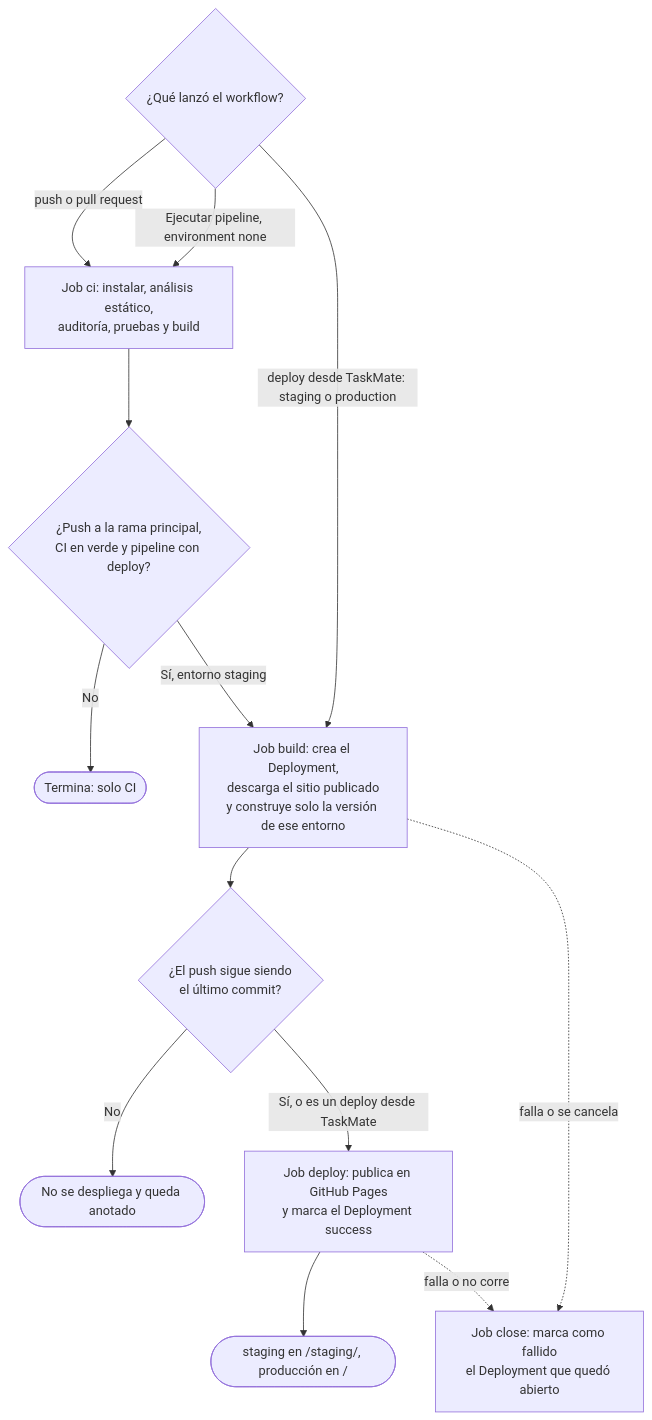
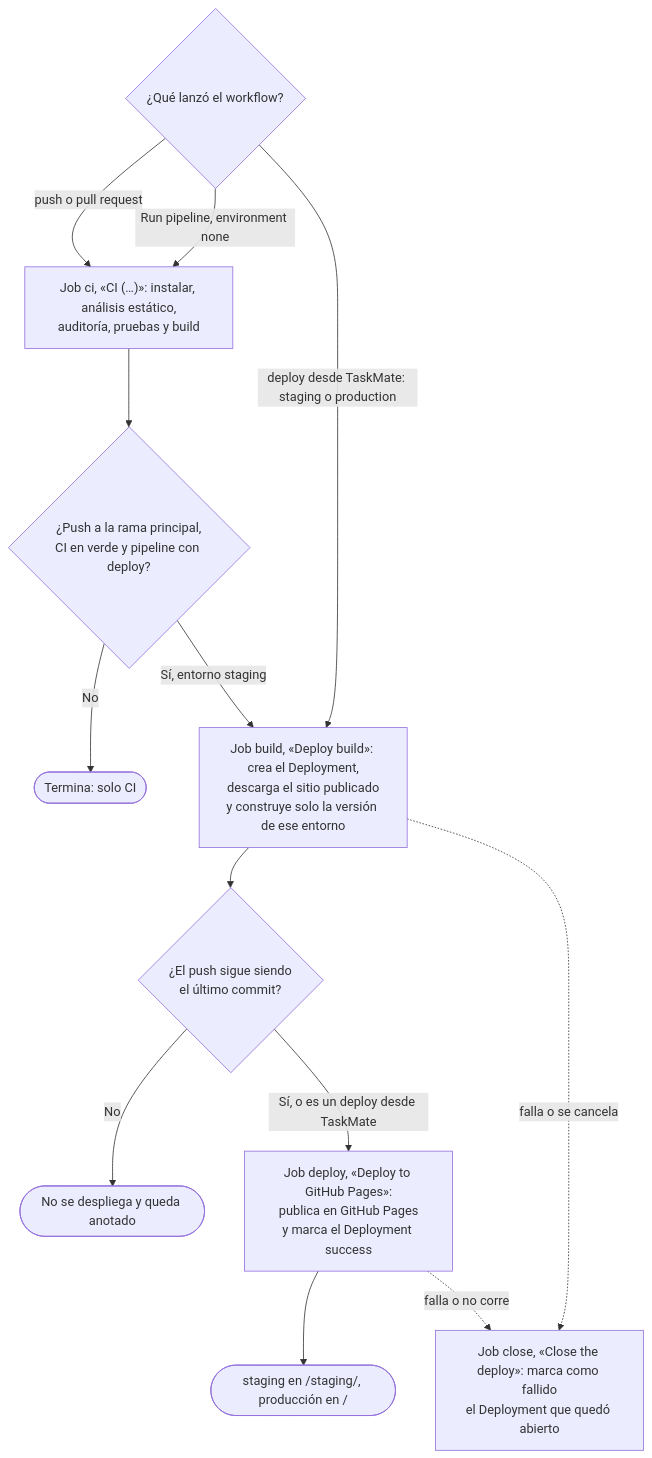
The second of 4 diagrams in documentacion/06-flujos/08-cicd.md (PabloP150/proyecto-is-cc6), drawn with Mermaid before and after one commit. The commit also changed other lines of this file and 204 other files, not shown here.

First line of the commit message:
docs: update all documentation, diagrams and PNGs to the test/e2e state

````diff
--- a/documentacion/06-flujos/08-cicd.md
+++ b/documentacion/06-flujos/08-cicd.md
@@ -47,16 +47,16 @@
 ```mermaid
 flowchart TD
     E{"¿Qué lanzó el workflow?"}
-    E -->|"push o pull request"| CI["Job ci: instalar, análisis estático,<br/>auditoría, pruebas y build"]
-    E -->|"Ejecutar pipeline, environment none"| CI
+    E -->|"push o pull request"| CI["Job ci, «CI (…)»: instalar, análisis estático,<br/>auditoría, pruebas y build"]
+    E -->|"Run pipeline, environment none"| CI
     E -->|"deploy desde TaskMate: staging o production"| B
     CI --> Q{"¿Push a la rama principal,<br/>CI en verde y pipeline con deploy?"}
     Q -->|"No"| F1(["Termina: solo CI"])
-    Q -->|"Sí, entorno staging"| B["Job build: crea el Deployment,<br/>descarga el sitio publicado<br/>y construye solo la versión de ese entorno"]
+    Q -->|"Sí, entorno staging"| B["Job build, «Deploy build»: crea el Deployment,<br/>descarga el sitio publicado<br/>y construye solo la versión de ese entorno"]
     B --> S{"¿El push sigue siendo<br/>el último commit?"}
     S -->|"No"| F2(["No se despliega y queda anotado"])
-    S -->|"Sí, o es un deploy desde TaskMate"| D["Job deploy: publica en GitHub Pages<br/>y marca el Deployment success"]
+    S -->|"Sí, o es un deploy desde TaskMate"| D["Job deploy, «Deploy to GitHub Pages»:<br/>publica en GitHub Pages<br/>y marca el Deployment success"]
     D --> F3(["staging en /staging/, producción en /"])
-    B -. "falla o se cancela" .-> C["Job close: marca como fallido<br/>el Deployment que quedó abierto"]
+    B -. "falla o se cancela" .-> C["Job close, «Close the deploy»: marca como fallido<br/>el Deployment que quedó abierto"]
     D -. "falla o no corre" .-> C
 ```
````
